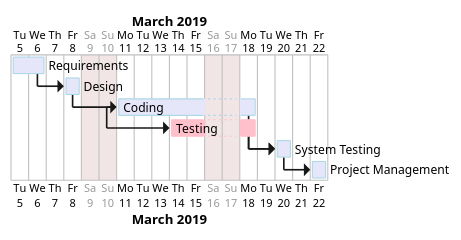
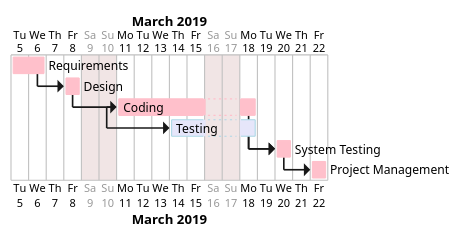
The diagram in templates/templates_EstimationTemplate.md (salvatore-dimartino/LaTazza), drawn with PlantUML before and after one commit.

````diff
--- a/templates/templates_EstimationTemplate.md
+++ b/templates/templates_EstimationTemplate.md
@@ -62,14 +62,14 @@
 ```plantuml
 @startgantt
 project starts the 2019/03/5
 sunday are closed
 saturday are closed
-[Requirements] lasts 2 days and is colored in Lavender/LightBlue
-[Design] lasts 1 days and starts 1 days after [Requirements]'s end and is colored in Lavender/LightBlue
-[Coding] lasts 6 days and starts 1 days after [Design]'s end and is colored in Lavender/LightBlue
-[Testing] lasts 3 days and starts 3 days after [Coding]'s start and is colored in Pink
-[System Testing] lasts 1 days and starts 1 days after [Coding]'s end and is colored in Lavender/LightBlue
-[Project Management] lasts 1 days and starts 1 days after [System Testing]'s end and is colored in Lavender/LightBlue
-[System Testing] starts 1 days after [Testing]'s end and is colored in Lavender/LightBlue
+[Requirements] lasts 2 days and is colored in Pink
+[Design] lasts 1 days and starts 1 days after [Requirements]'s end and is colored in Pink
+[Coding] lasts 6 days and starts 1 days after [Design]'s end and is colored in Pink
+[Testing] lasts 3 days and starts 3 days after [Coding]'s start and is colored in Lavender/LightBlue
+[System Testing] lasts 1 days and starts 1 days after [Coding]'s end and is colored in Pink
+[Project Management] lasts 1 days and starts 1 days after [System Testing]'s end and is colored in Pink
+[System Testing] starts 1 days after [Testing]'s end and is colored in Pink
 @endgantt
 ```
````
